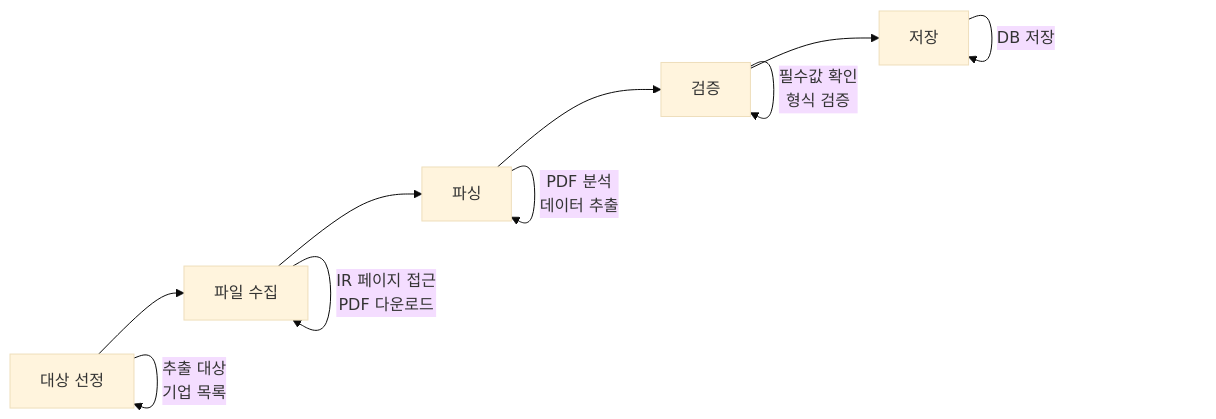
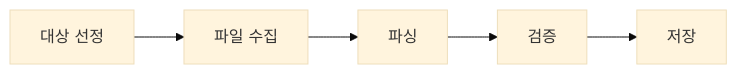
The second of 4 diagrams in compass/data-extraction-process.md (fntimes/docs), drawn with Mermaid (base theme) before and after one commit. The commit also changed other lines of this file, not shown here.

Commit message:
피드백 반영: 다이어그램 자기참조 제거, 오류 예시 구체화, 문체 통일

````diff
--- a/compass/data-extraction-process.md
+++ b/compass/data-extraction-process.md
@@ -66,13 +60,7 @@
 ```mermaid
 flowchart LR
     A[대상 선정] --> B[파일 수집]
     B --> C[파싱]
     C --> D[검증]
     D --> E[저장]
-
-    A -- "추출 대상\n기업 목록" --> A
-    B -- "IR 페이지 접근\nPDF 다운로드" --> B
-    C -- "PDF 분석\n데이터 추출" --> C
-    D -- "필수값 확인\n형식 검증" --> D
-    E -- "DB 저장" --> E
 ```
````
